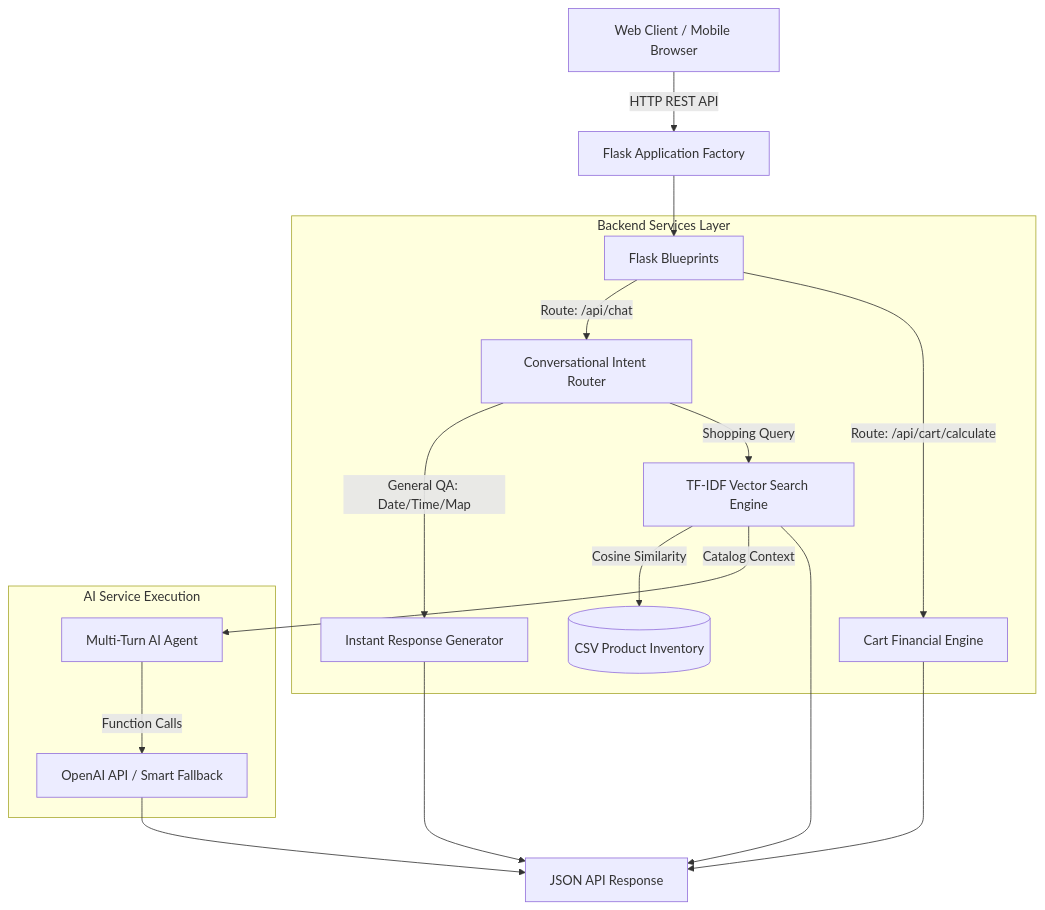
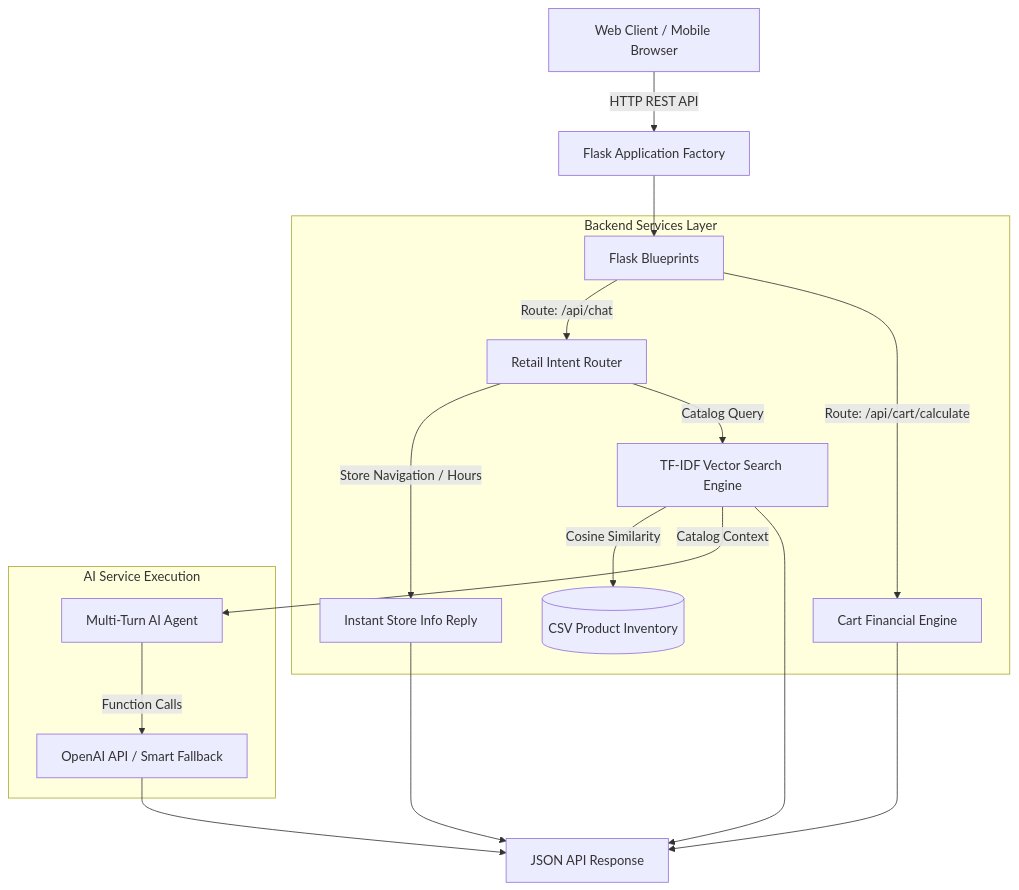
One commit to Tanvee1/swift_app changed the diagram in README.md. Above: the diagram before and after it, drawn with Mermaid. The commit also changed other lines of this file and 1 other file, not shown here.

Commit message:
Refine README and AIAgentService to focus 100% on retail AI shopping assistance

````diff
--- a/README.md
+++ b/README.md
@@ -40,23 +40,23 @@
 ```mermaid
 graph TD
     Client[Web Client / Mobile Browser] -->|HTTP REST API| FlaskApp[Flask Application Factory]
     FlaskApp --> Blueprints[Flask Blueprints]
     
     subgraph Backend Services Layer
-        Blueprints -->|Route: /api/chat| IntentRouter[Conversational Intent Router]
-        IntentRouter -->|General QA: Date/Time/Map| DirectReply[Instant Response Generator]
-        IntentRouter -->|Shopping Query| VectorSearch[TF-IDF Vector Search Engine]
+        Blueprints -->|Route: /api/chat| IntentRouter[Retail Intent Router]
+        IntentRouter -->|Store Navigation / Hours| DirectReply[Instant Store Info Reply]
+        IntentRouter -->|Catalog Query| VectorSearch[TF-IDF Vector Search Engine]
         VectorSearch -->|Cosine Similarity| ProductDB[(CSV Product Inventory)]
         Blueprints -->|Route: /api/cart/calculate| CartService[Cart Financial Engine]
     end
     
     subgraph AI Service Execution
         VectorSearch -->|Catalog Context| Agent[Multi-Turn AI Agent]
         Agent -->|Function Calls| OpenAI[OpenAI API / Smart Fallback]
     end
 
     DirectReply --> Response[JSON API Response]
     VectorSearch --> Response
     OpenAI --> Response
     CartService --> Response
 ```
````
